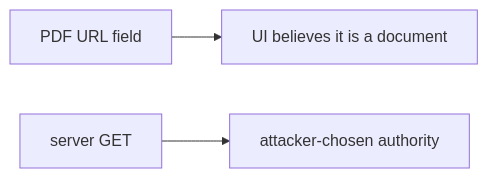
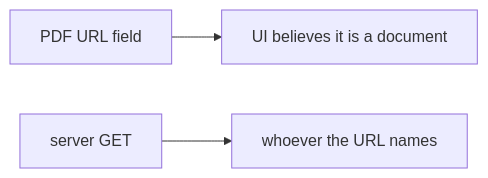
Before and after one commit to ishitvagoel/LearnSecurity: the diagram in content/modules/6/6.5/lessons/07-transfer.md, drawn with Mermaid. The commit also changed other lines of this file and 55 other files, not shown here.

````diff
--- a/content/modules/6/6.5/lessons/07-transfer.md
+++ b/content/modules/6/6.5/lessons/07-transfer.md
@@ -26,5 +25,5 @@
 ```mermaid
 flowchart LR
   Pdf[PDF URL field] --> Belief[UI believes it is a document]
-  Egress[server GET] --> Reality[attacker-chosen authority]
+  Egress[server GET] --> Reality[whoever the URL names]
 ```
````
